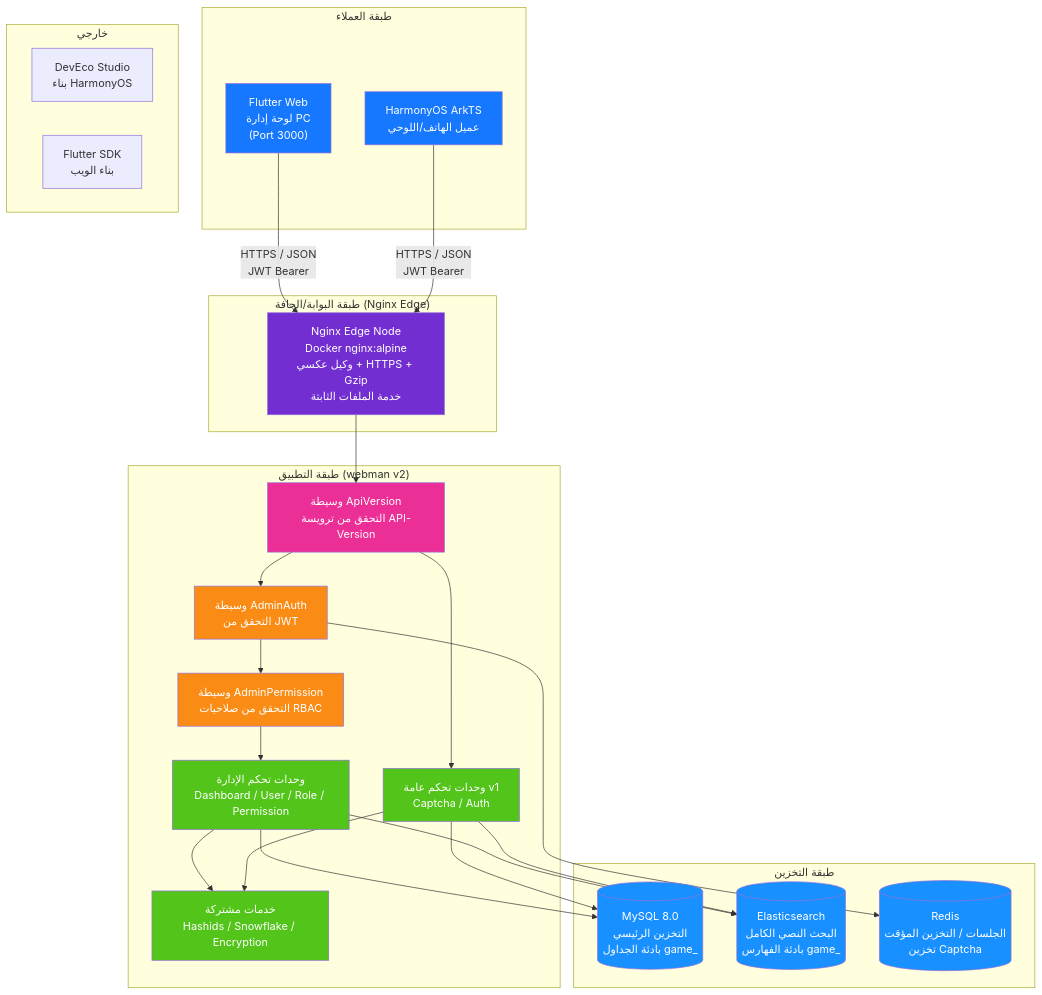
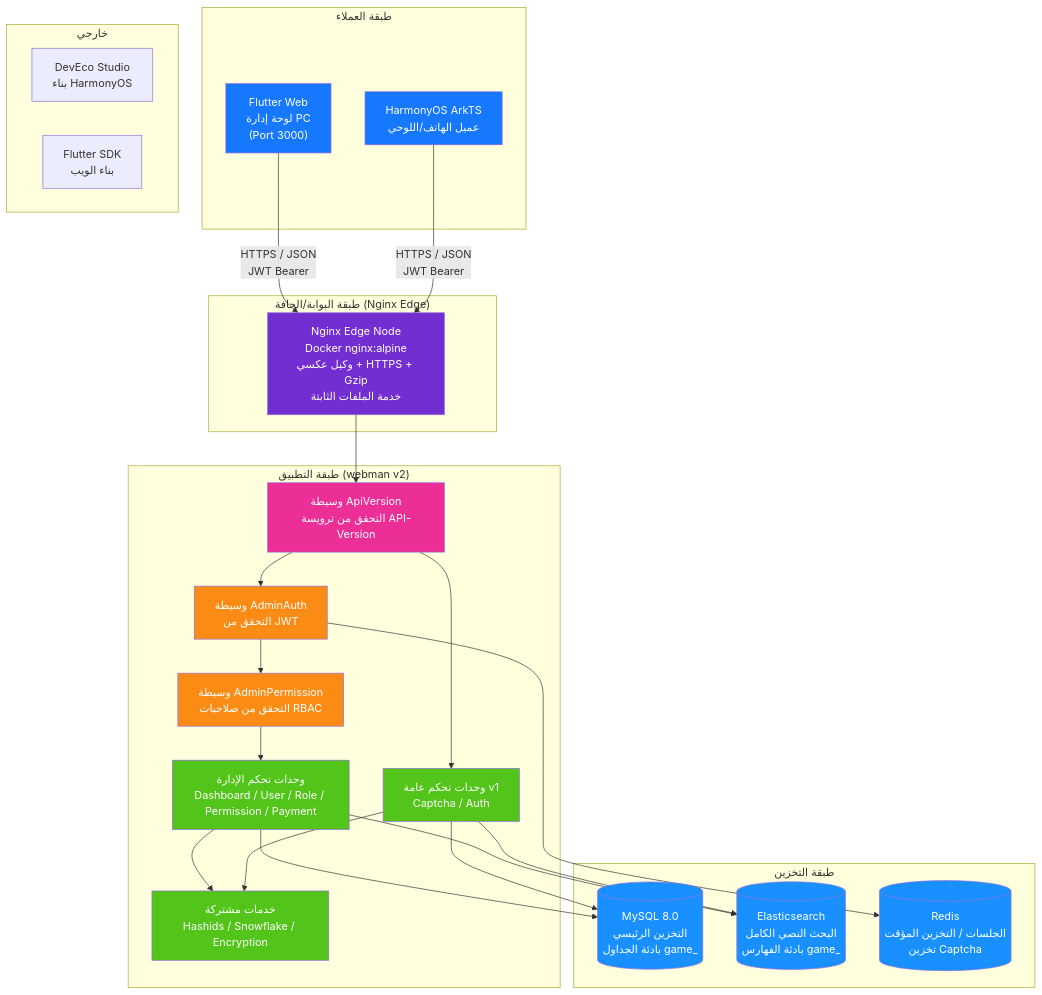
The first of 14 diagrams in admin/docs/ARCHITECTURE.ar.md (erikwang2013/game-platform-php), drawn with Mermaid before and after one commit. The commit also changed other lines of this file and 195 other files, not shown here.

````diff
--- a/admin/docs/ARCHITECTURE.ar.md
+++ b/admin/docs/ARCHITECTURE.ar.md
@@ -15,59 +15,59 @@
 ```mermaid
 flowchart TB
     subgraph "طبقة العملاء"
         A1["Flutter Web<br/>لوحة إدارة PC<br/>(Port 3000)"]
         A2["HarmonyOS ArkTS<br/>عميل الهاتف/اللوحي"]
     end
 
     subgraph "طبقة البوابة/الحافة (Nginx Edge)"
         B1["Nginx Edge Node<br/>Docker nginx:alpine<br/>وكيل عكسي + HTTPS + Gzip<br/>خدمة الملفات الثابتة"]
     end
 
     subgraph "طبقة التطبيق (webman v2)"
         C0["وسيطة ApiVersion<br/>التحقق من ترويسة API-Version"]
         C1["وسيطة AdminAuth<br/>التحقق من JWT"]
         C2["وسيطة AdminPermission<br/>التحقق من صلاحيات RBAC"]
-        C3["وحدات تحكم الإدارة<br/>Dashboard / User / Role / Permission"]
+        C3["وحدات تحكم الإدارة<br/>Dashboard / User / Role / Permission / Payment"]
         C4["وحدات تحكم عامة v1<br/>Captcha / Auth"]
         C5["خدمات مشتركة<br/>Hashids / Snowflake / Encryption"]
     end
 
     subgraph "طبقة التخزين"
         D1[("MySQL 8.0<br/>التخزين الرئيسي<br/>بادئة الجداول game_")]
         D2[("Elasticsearch<br/>البحث النصي الكامل<br/>بادئة الفهارس game_")]
         D3[("Redis<br/>الجلسات / التخزين المؤقت<br/>تخزين Captcha")]
     end
 
     subgraph "خارجي"
         E1["DevEco Studio<br/>بناء HarmonyOS"]
         E2["Flutter SDK<br/>بناء الويب"]
     end
 
     A1 -->|"HTTPS / JSON<br/>JWT Bearer"| B1
     A2 -->|"HTTPS / JSON<br/>JWT Bearer"| B1
     B1 --> C0
     C0 --> C1
     C1 --> C2
     C2 --> C3
     C0 --> C4
     C3 --> C5
     C4 --> C5
     C3 --> D1
     C4 --> D1
     C3 --> D2
     C4 --> D2
     C1 --> D3
 
     style A1 fill:#1677FF,color:#fff
     style A2 fill:#1677FF,color:#fff
     style B1 fill:#722ED1,color:#fff
     style C0 fill:#EB2F96,color:#fff
     style C1 fill:#FA8C16,color:#fff
     style C2 fill:#FA8C16,color:#fff
     style C3 fill:#52C41A,color:#fff
     style C4 fill:#52C41A,color:#fff
     style C5 fill:#52C41A,color:#fff
     style D1 fill:#1890FF,color:#fff
     style D2 fill:#1890FF,color:#fff
     style D3 fill:#1890FF,color:#fff
 ```
````
